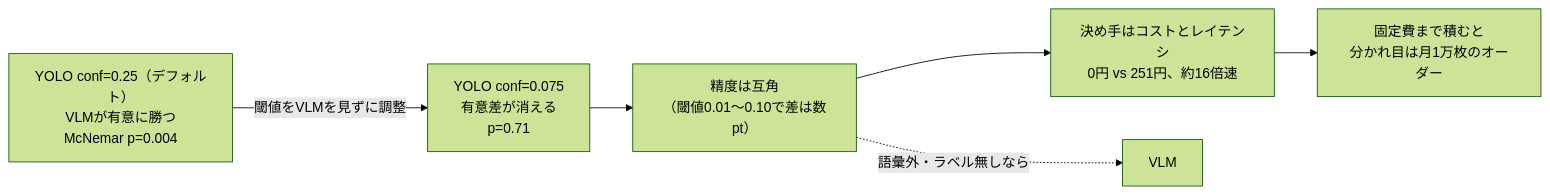
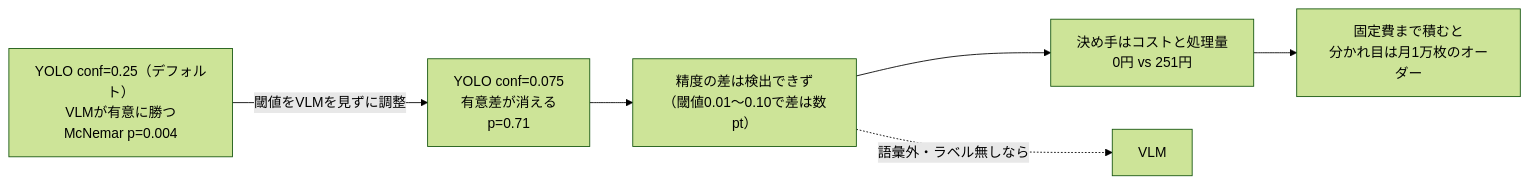
One commit to yuya0408/zenn-content changed the first of 3 diagrams in articles/yolo-vs-vlm-evaluation-pitfall.md. Above: the diagram before and after it, drawn with Mermaid (forest theme). The commit also changed other lines of this file and 1 other file, not shown here.

````diff
--- a/articles/yolo-vs-vlm-evaluation-pitfall.md
+++ b/articles/yolo-vs-vlm-evaluation-pitfall.md
@@ -22,8 +22,8 @@
 ```mermaid
 flowchart LR
     A["YOLO conf=0.25（デフォルト）<br/>VLMが有意に勝つ<br/>McNemar p=0.004"] -->|閾値をVLMを見ずに調整| B["YOLO conf=0.075<br/>有意差が消える<br/>p=0.71"]
-    B --> C["精度は互角<br/>（閾値0.01〜0.10で差は数pt）"]
-    C --> D["決め手はコストとレイテンシ<br/>0円 vs 251円、約16倍速"]
+    B --> C["精度の差は検出できず<br/>（閾値0.01〜0.10で差は数pt）"]
+    C --> D["決め手はコストと処理量<br/>0円 vs 251円"]
     D --> E["固定費まで積むと<br/>分かれ目は月1万枚のオーダー"]
     C -.語彙外・ラベル無しなら.-> F[VLM]
 ```
````
